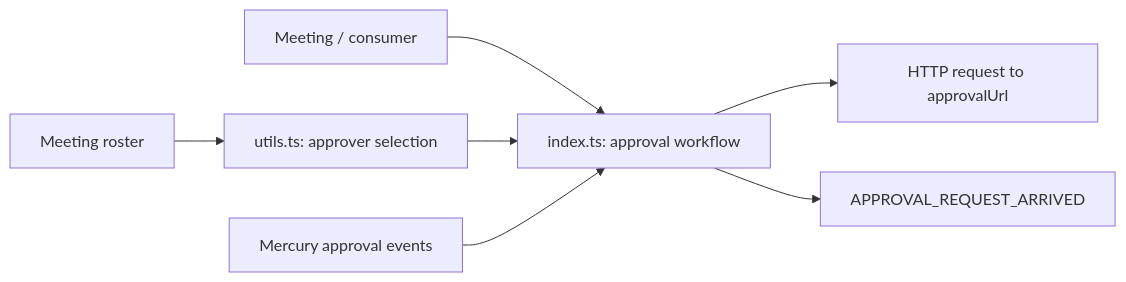
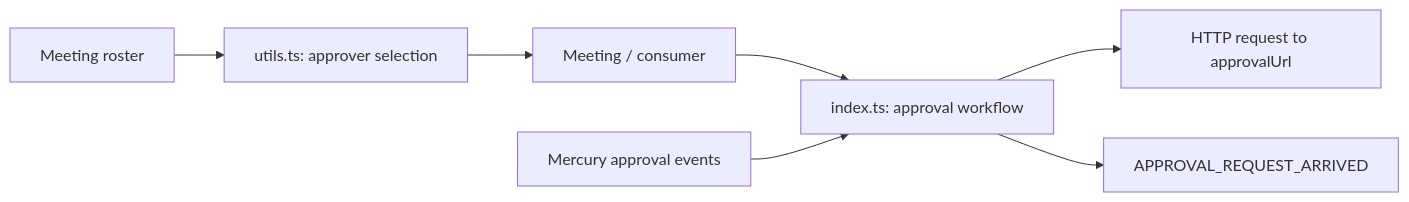
Before and after one commit to webex/webex-js-sdk: the first of 4 diagrams in packages/@webex/plugin-meetings/src/aiEnableRequest/ai-docs/ai-enable-request-spec.md, drawn with Mermaid. The commit also changed other lines of this file and 24 other files, not shown here.

````diff
--- a/packages/@webex/plugin-meetings/src/aiEnableRequest/ai-docs/ai-enable-request-spec.md
+++ b/packages/@webex/plugin-meetings/src/aiEnableRequest/ai-docs/ai-enable-request-spec.md
@@ -98,9 +100,9 @@
 ```mermaid
 flowchart LR
   Roster[Meeting roster] --> Selector[utils.ts: approver selection]
   Caller[Meeting / consumer] --> Controller[index.ts: approval workflow]
-  Selector --> Controller
+  Selector --> Caller
   Mercury[Mercury approval events] --> Controller
   Controller --> Approval[HTTP request to approvalUrl]
   Controller --> Event[APPROVAL_REQUEST_ARRIVED]
 ```
````
